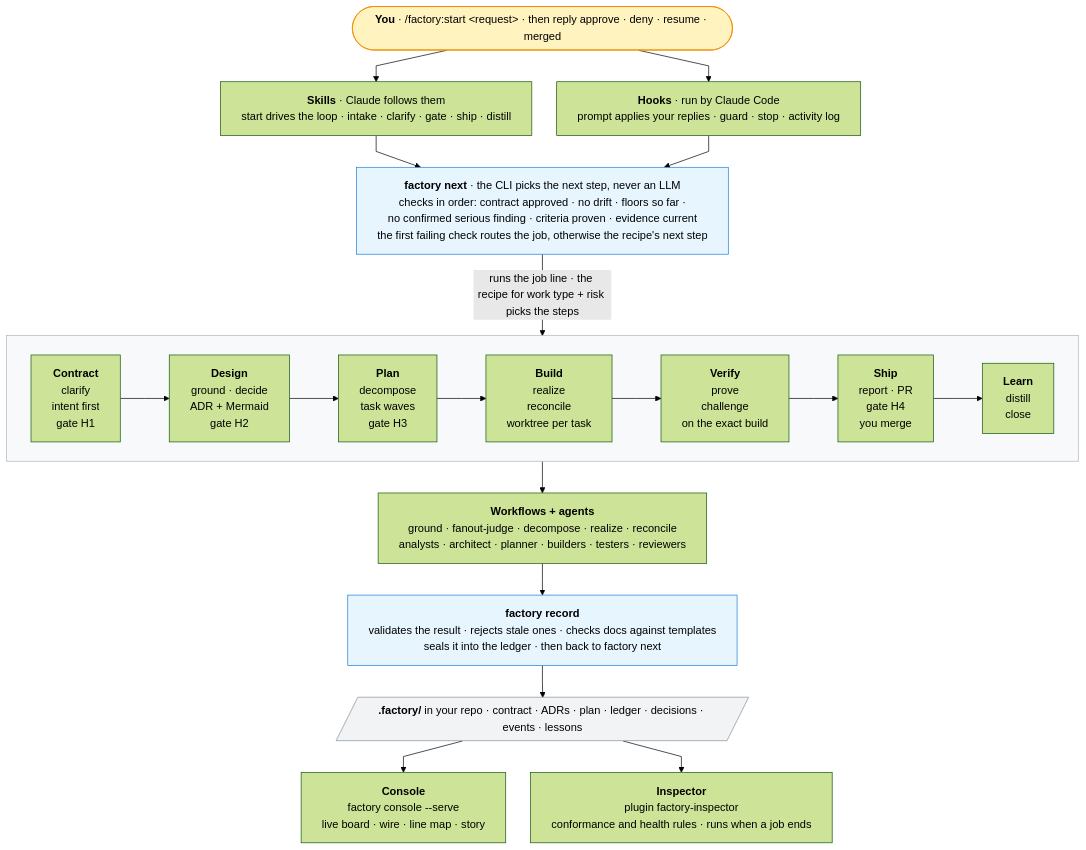
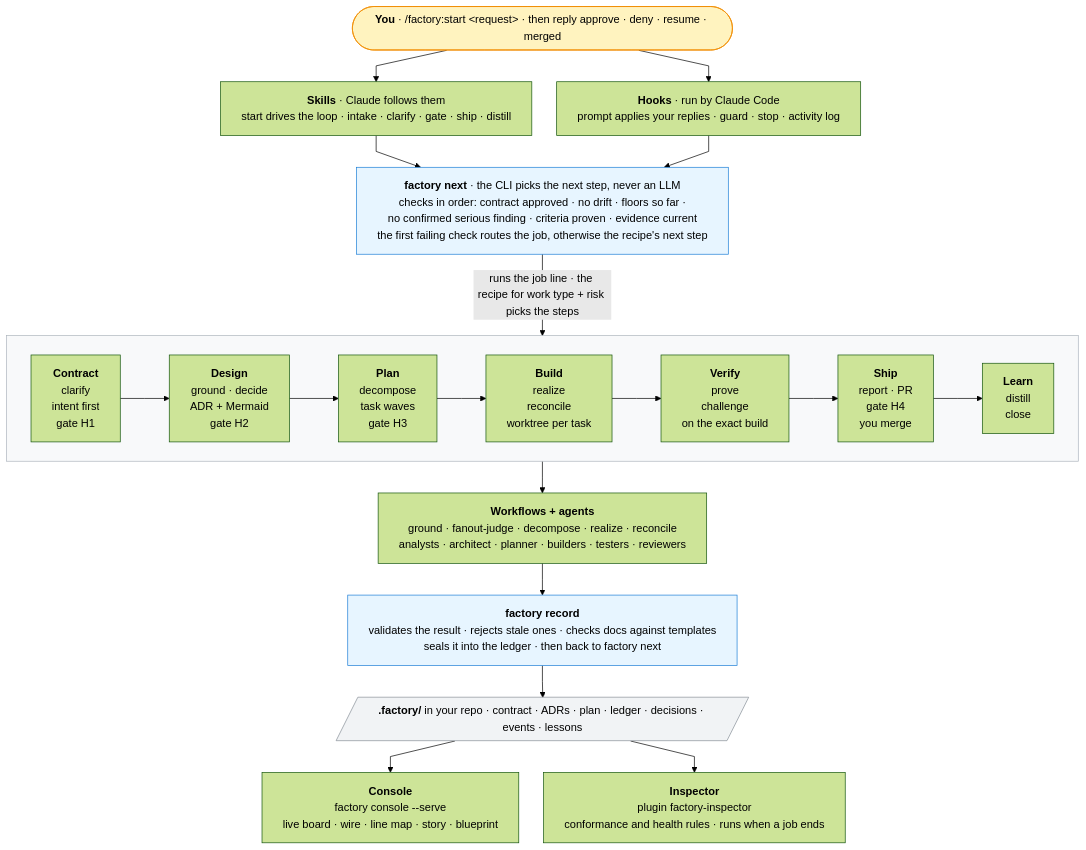
The diagram in README.md (reshif/claude-factory), drawn with Mermaid (forest theme) before and after one commit. The commit also changed other lines of this file and 3 other files, not shown here.

First line of the commit message:
docs: the console tour, the skill and the README describe the Blueprint and the 0.12.0 views

````diff
--- a/README.md
+++ b/README.md
@@ -12,54 +13,54 @@
 ```mermaid
 ---
 config:
   flowchart:
     curve: linear
     nodeSpacing: 36
     rankSpacing: 46
     wrappingWidth: 520
 ---
 flowchart TB
   you(["<b>You</b> · /factory:start &lt;request&gt; · then reply approve · deny · resume · merged"]):::human
 
   skills["<b>Skills</b> · Claude follows them<br/>start drives the loop · intake · clarify · gate · ship · distill"]
   hooks["<b>Hooks</b> · run by Claude Code<br/>prompt applies your replies · guard · stop · activity log"]
 
   router["<b>factory next</b> · the CLI picks the next step, never an LLM<br/>checks in order: contract approved · no drift · floors so far ·<br/>no confirmed serious finding · criteria proven · evidence current<br/>the first failing check routes the job, otherwise the recipe's next step"]:::cli
 
   subgraph line[" "]
     direction LR
     s1["<b>Contract</b><br/>clarify<br/>intent first<br/>gate H1"]
     s2["<b>Design</b><br/>ground · decide<br/>ADR + Mermaid<br/>gate H2"]
     s3["<b>Plan</b><br/>decompose<br/>task waves<br/>gate H3"]
     s4["<b>Build</b><br/>realize<br/>reconcile<br/>worktree per task"]
     s5["<b>Verify</b><br/>prove<br/>challenge<br/>on the exact build"]
     s6["<b>Ship</b><br/>report · PR<br/>gate H4<br/>you merge"]
     s7["<b>Learn</b><br/>distill<br/>close"]
     s1 --> s2 --> s3 --> s4 --> s5 --> s6 --> s7
   end
 
   agents["<b>Workflows + agents</b><br/>ground · fanout-judge · decompose · realize · reconcile<br/>analysts · architect · planner · builders · testers · reviewers"]
 
   record["<b>factory record</b><br/>validates the result · rejects stale ones · checks docs against templates<br/>seals it into the ledger · then back to factory next"]:::cli
 
   store[/"<b>.factory/</b> in your repo · contract · ADRs · plan · ledger · decisions · events · lessons"/]:::art
 
-  console["<b>Console</b><br/>factory console --serve<br/>live board · wire · line map · story"]
+  console["<b>Console</b><br/>factory console --serve<br/>live board · wire · line map · story · blueprint"]
   inspector["<b>Inspector</b><br/>plugin factory-inspector<br/>conformance and health rules · runs when a job ends"]
 
   you --> skills
   you --> hooks
   skills --> router
   hooks --> router
   router -->|"runs the job line · the recipe for work type + risk picks the steps"| line
   line --> agents
   agents --> record
   record --> store
   store --> console
   store --> inspector
 
   classDef human fill:#fff3bf,stroke:#f08c00,color:#000
   classDef cli fill:#e7f5ff,stroke:#1c7ed6,color:#000
   classDef art fill:#f1f3f5,stroke:#868e96,color:#000
   style line fill:#f8f9fa,stroke:#adb5bd
 ```
````
